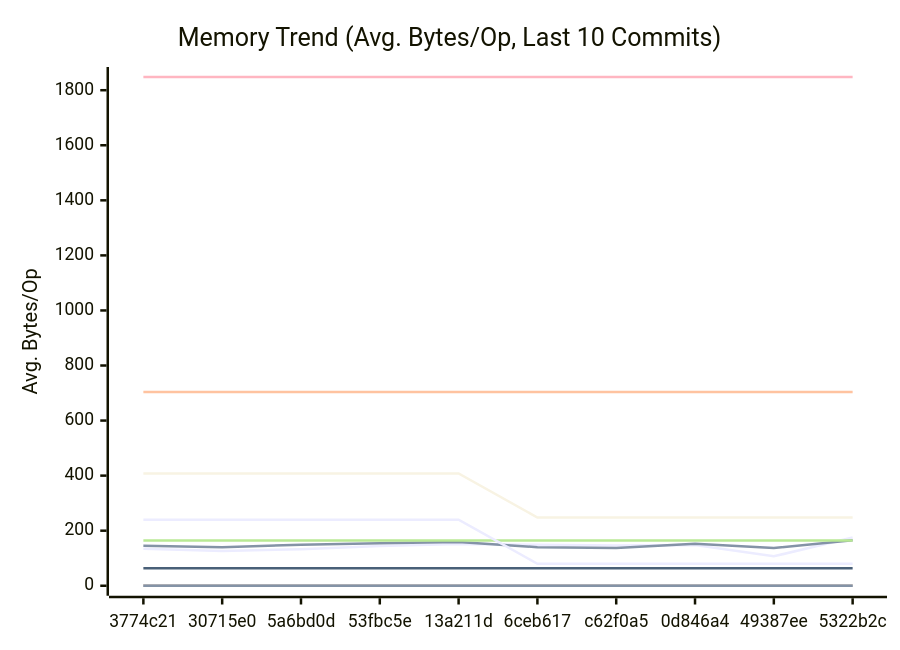
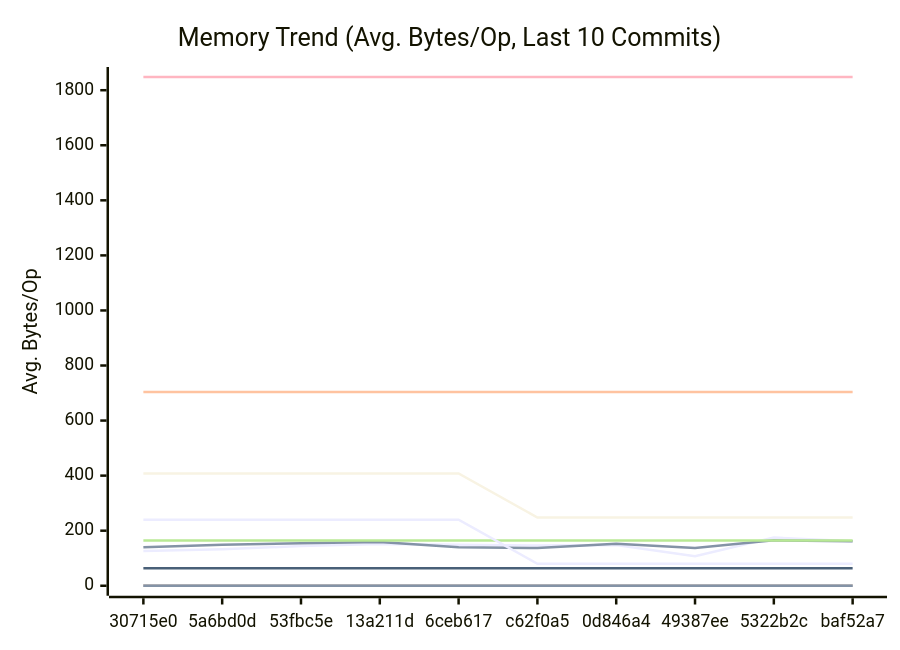
The second of 3 diagrams in docs/PERFORMANCE.md (alsotoes/momo), drawn with Mermaid before and after one commit. The commit also changed other lines of this file and 2 other files, not shown here.

````diff
--- a/docs/PERFORMANCE.md
+++ b/docs/PERFORMANCE.md
@@ -171,20 +171,20 @@
 ```mermaid
 xychart-beta
     title "Memory Trend (Avg. Bytes/Op, Last 10 Commits)"
     x-axis "Commit"
     y-axis "Avg. Bytes/Op"
-    x-axis [3774c21,30715e0,5a6bd0d,53fbc5e,13a211d,6ceb617,c62f0a5,0d846a4,49387ee,5322b2c]
-    line "AWSChunkedReaderSigned" [134,126,133,144,152,149,146,148,107,175]
-    line "AWSChunkedReaderUnsigned" [145,140,149,154,159,140,137,153,137,165]
+    x-axis [30715e0,5a6bd0d,53fbc5e,13a211d,6ceb617,c62f0a5,0d846a4,49387ee,5322b2c,baf52a7]
+    line "AWSChunkedReaderSigned" [126,133,144,152,149,146,148,107,175,162]
+    line "AWSChunkedReaderUnsigned" [140,149,154,159,140,137,153,137,165,162]
     line "CheckMetricsAndSwap" [0,0,0,0,0,0,0,0,0,0]
     line "CrushOptimized" [0,0,0,0,0,0,0,0,0,0]
     line "CrushOriginal" [164,164,164,164,164,164,164,164,164,164]
     line "IndexDirectTracking" [0,0,0,0,0,0,0,0,0,0]
     line "IndexSearch" [0,0,0,0,0,0,0,0,0,0]
     line "LoadGlobalConfig" [1848,1848,1848,1848,1848,1848,1848,1848,1848,1848]
     line "PadString" [64,64,64,64,64,64,64,64,64,64]
     line "ParseReplicationOrder_NoPrealloc" [408,408,408,408,408,248,248,248,248,248]
     line "ParseReplicationOrder_Prealloc" [240,240,240,240,240,80,80,80,80,80]
     line "SanitizeLog/Safe" [0,0,0,0,0,0,0,0,0,0]
     line "SanitizeLog/Unsafe" [704,704,704,704,704,704,704,704,704,704]
 ```
````
